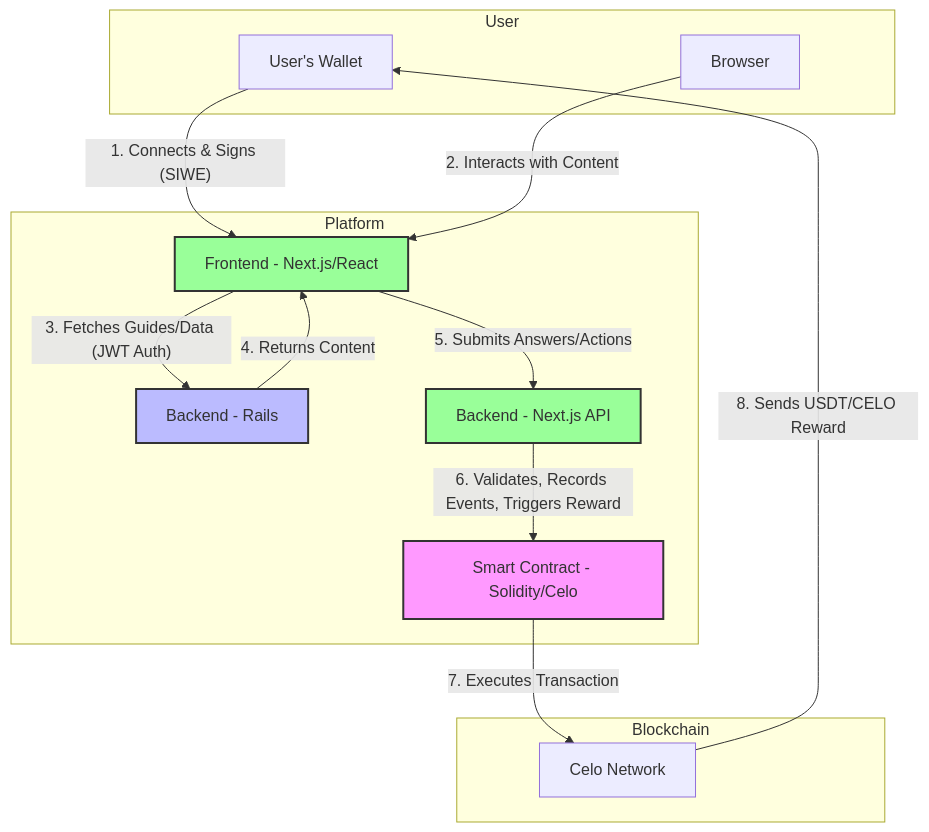
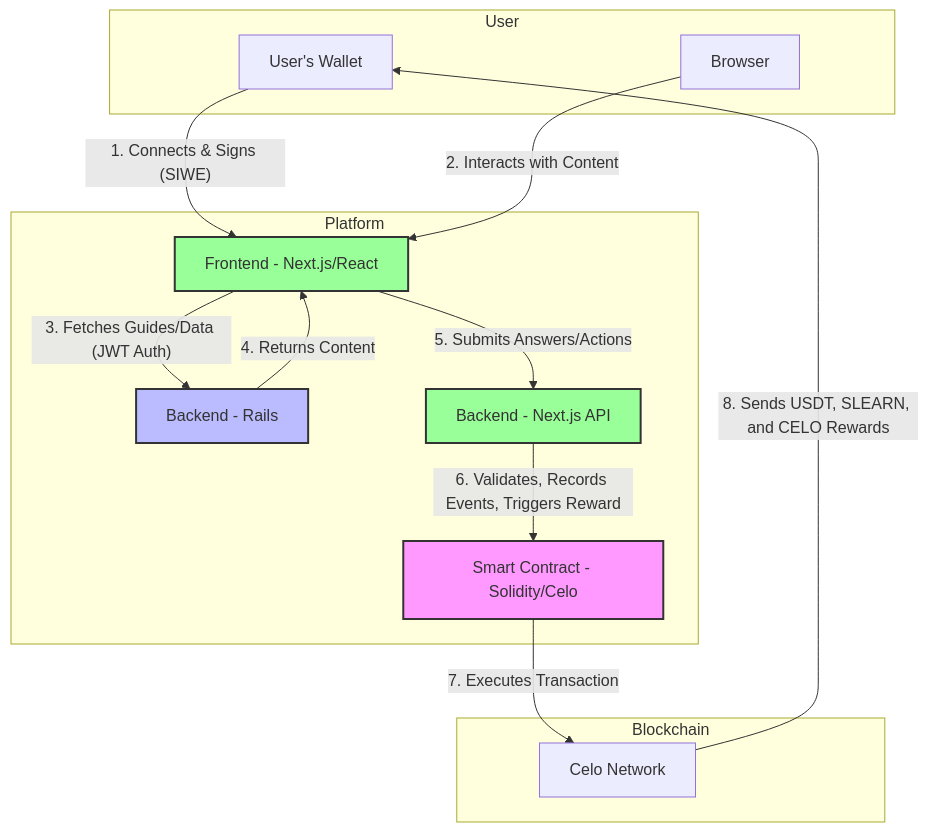
The diagram in ARCHITECTURE.md (pasosdeJesus/learn.tg), drawn with Mermaid before and after one commit. The commit also changed other lines of this file and 11 other files, not shown here.

````diff
--- a/ARCHITECTURE.md
+++ b/ARCHITECTURE.md
@@ -17,32 +47,32 @@
 ```mermaid
 graph TD
     subgraph User
         A[User's Wallet]
         B[Browser]
     end
 
     subgraph Platform
         C[Frontend - Next.js/React]
         D[Backend - Rails]
         E[Smart Contract - Solidity/Celo]
         F[Backend - Next.js API]
     end
 
     subgraph Blockchain
         G[Celo Network]
     end
 
     A -- 1. Connects & Signs (SIWE) --> C
     B -- 2. Interacts with Content --> C
     C -- 3. Fetches Guides/Data (JWT Auth) --> D
     D -- 4. Returns Content --> C
     C -- 5. Submits Answers/Actions --> F
     F -- 6. Validates, Records Events, Triggers Reward --> E
     E -- 7. Executes Transaction --> G
-    G -- 8. Sends USDT/CELO Reward --> A
+    G -- 8. Sends USDT, SLEARN, and CELO Rewards --> A
 
     style E fill:#f9f,stroke:#333,stroke-width:2px
     style D fill:#bbf,stroke:#333,stroke-width:2px
     style C fill:#9f9,stroke:#333,stroke-width:2px
     style F fill:#9f9,stroke:#333,stroke-width:2px
 ```
````
